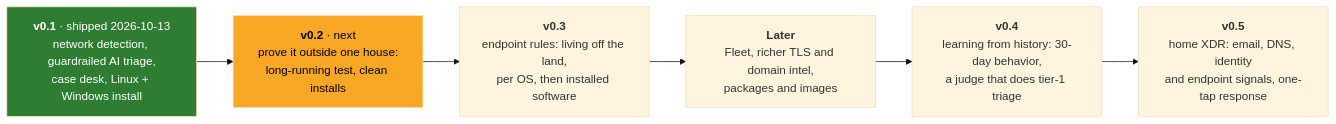
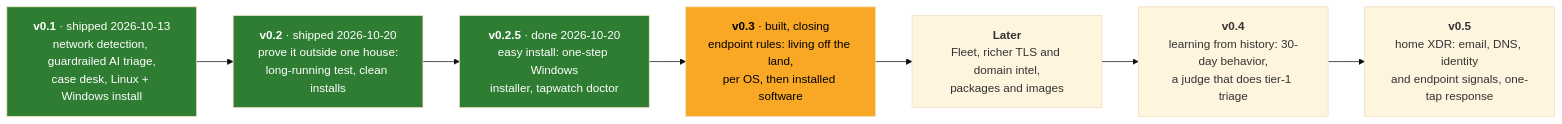
Before and after one commit to barnabys-drew/tapwatch: the diagram in docs/ROADMAP.md, drawn with Mermaid (base theme). The commit also changed other lines of this file, not shown here.

First line of the commit message:
ROADMAP: v0.2 and v0.2.5 shipped, v0.3 built, recent work recorded

````diff
--- a/docs/ROADMAP.md
+++ b/docs/ROADMAP.md
@@ -6,12 +6,15 @@
 ```mermaid
 flowchart LR
     A["<b>v0.1</b> · shipped 2026-10-13<br/>network detection, guardrailed AI triage,<br/>case desk, Linux + Windows install"]
-    B["<b>v0.2</b> · next<br/>prove it outside one house:<br/>long-running test, clean installs"]
-    C["<b>v0.3</b><br/>endpoint rules: living off the land,<br/>per OS, then installed software"]
+    B["<b>v0.2</b> · shipped 2026-10-20<br/>prove it outside one house:<br/>long-running test, clean installs"]
+    B2["<b>v0.2.5</b> · done 2026-10-20<br/>easy install: one-step Windows<br/>installer, tapwatch doctor"]
+    C["<b>v0.3</b> · built, closing<br/>endpoint rules: living off the land,<br/>per OS, then installed software"]
     D["<b>Later</b><br/>Fleet, richer TLS and domain intel,<br/>packages and images"]
     E["<b>v0.4</b><br/>learning from history: 30-day behavior,<br/>a judge that does tier-1 triage"]
     F["<b>v0.5</b><br/>home XDR: email, DNS, identity<br/>and endpoint signals, one-tap response"]
-    A --> B --> C --> D --> E --> F
+    A --> B --> B2 --> C --> D --> E --> F
     style A fill:#2e7d32,color:#fff
-    style B fill:#f9a825,color:#000
+    style B fill:#2e7d32,color:#fff
+    style B2 fill:#2e7d32,color:#fff
+    style C fill:#f9a825,color:#000
 ```
````
